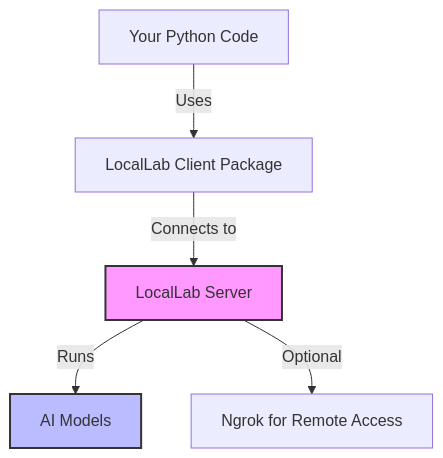
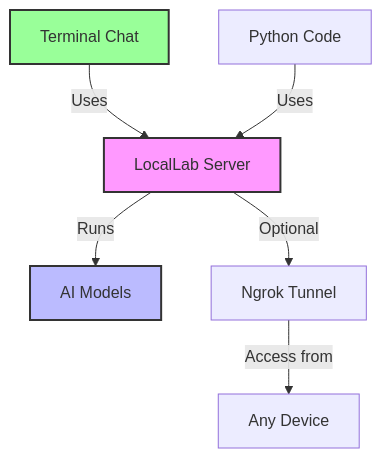
The first of 2 diagrams in README.md (UtkarshTheDev/LocalLab), drawn with Mermaid before and after one commit. The commit also changed other lines of this file and 4 other files, not shown here.

````diff
--- a/README.md
+++ b/README.md
@@ -32,9 +56,11 @@
 ```mermaid
 graph TD
-    A[Your Python Code] -->|Uses| B[LocalLab Client Package]
-    B -->|Connects to| C[LocalLab Server]
+    A[Terminal Chat] -->|Uses| C[LocalLab Server]
+    B[Python Code] -->|Uses| C
     C -->|Runs| D[AI Models]
-    C -->|Optional| E[Ngrok for Remote Access]
+    C -->|Optional| E[Ngrok Tunnel]
+    E -->|Access from| F[Any Device]
     style C fill:#f9f,stroke:#333,stroke-width:2px
     style D fill:#bbf,stroke:#333,stroke-width:2px
+    style A fill:#9f9,stroke:#333,stroke-width:2px
 ```
````
